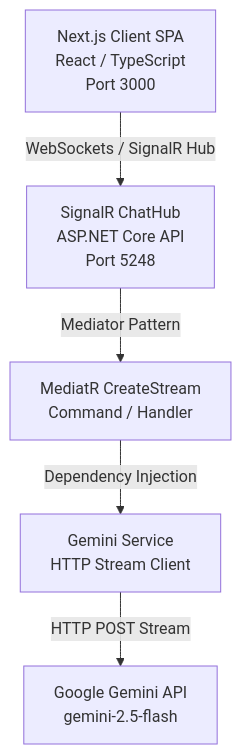
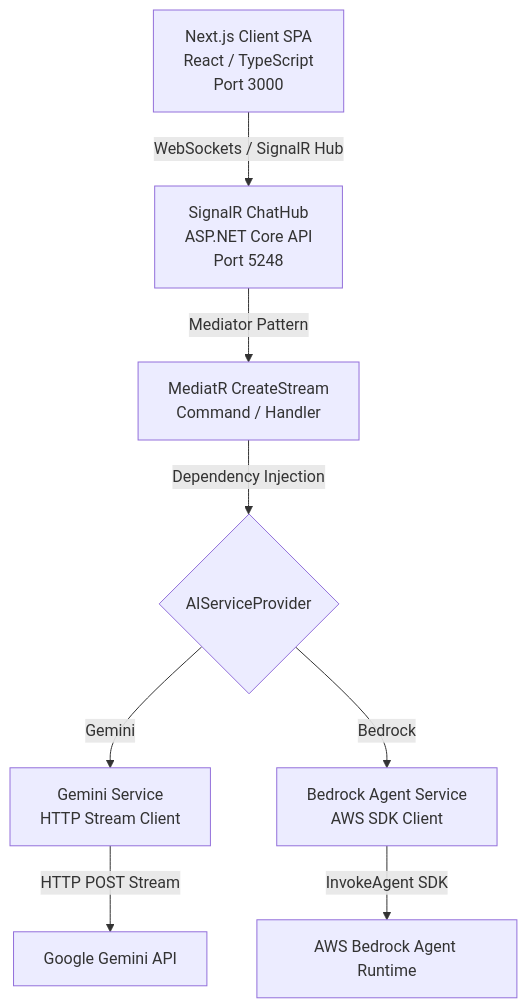
The first of 2 diagrams in PROJECT_ARCHITECTURE.md (imAneeshD/ai-service), drawn with Mermaid before and after one commit. The commit also changed other lines of this file and 3 other files, not shown here.

Commit message:
feat: Add AWS Bedrock Agent integration and update documentation

````diff
--- a/PROJECT_ARCHITECTURE.md
+++ b/PROJECT_ARCHITECTURE.md
@@ -12,7 +11,10 @@
 ```mermaid
 graph TD
     Client[Next.js Client SPA<br>React / TypeScript<br>Port 3000] -- WebSockets / SignalR Hub --> Hub[SignalR ChatHub<br>ASP.NET Core API<br>Port 5248]
     Hub -- Mediator Pattern --> MediatR[MediatR CreateStream<br>Command / Handler]
-    MediatR -- Dependency Injection --> Gemini[Gemini Service<br>HTTP Stream Client]
-    Gemini -- HTTP POST Stream --> Google[Google Gemini API<br>gemini-2.5-flash]
+    MediatR -- Dependency Injection --> Provider{AIServiceProvider}
+    Provider -- Gemini --> Gemini[Gemini Service<br>HTTP Stream Client]
+    Provider -- Bedrock --> Bedrock[Bedrock Agent Service<br>AWS SDK Client]
+    Gemini -- HTTP POST Stream --> Google[Google Gemini API]
+    Bedrock -- InvokeAgent SDK --> AWS[AWS Bedrock Agent Runtime]
 ```
````
